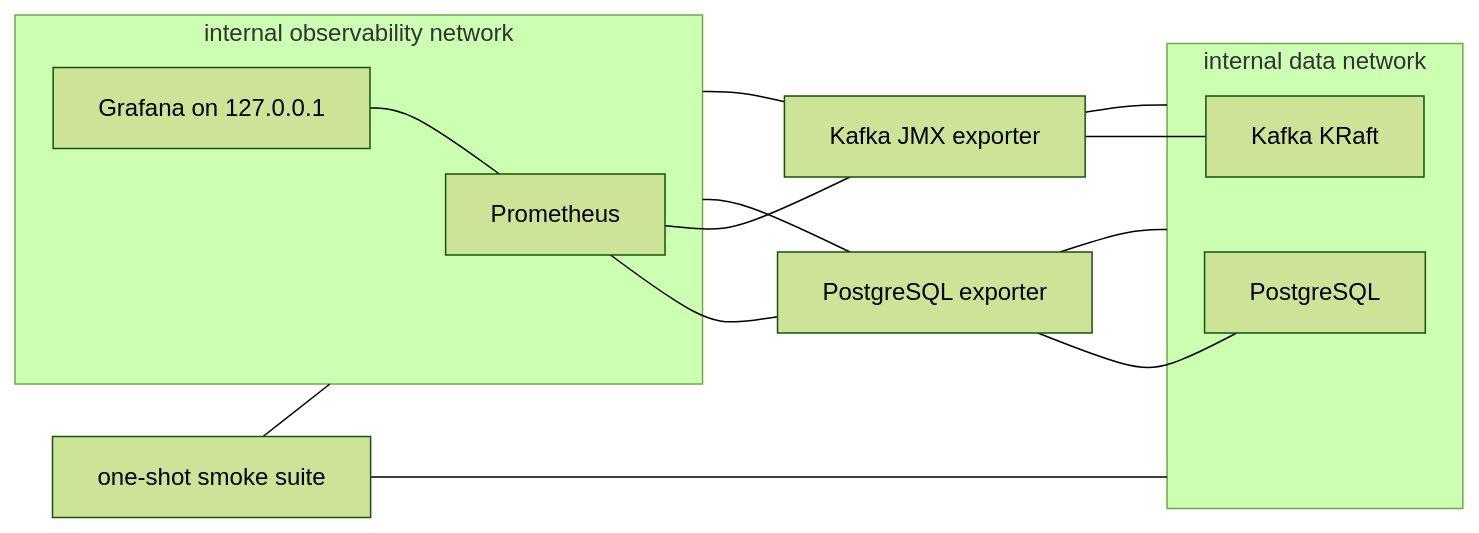
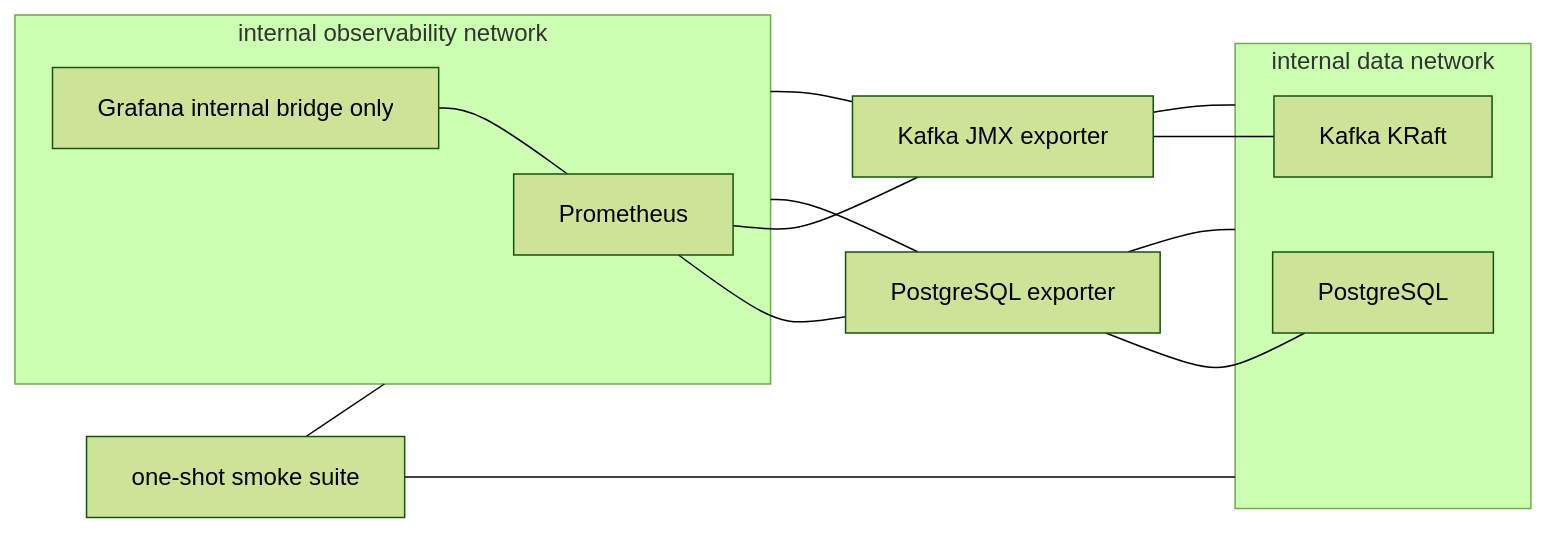
Before and after one commit to shuffahaqgzz/dcim-core-platform: the diagram in docs/plan/PHASE1-COMPACT-INFRASTRUCTURE-FOUNDATION.md, drawn with Mermaid (forest theme). The commit also changed other lines of this file and 2 other files, not shown here.

````diff
--- a/docs/plan/PHASE1-COMPACT-INFRASTRUCTURE-FOUNDATION.md
+++ b/docs/plan/PHASE1-COMPACT-INFRASTRUCTURE-FOUNDATION.md
@@ -69,24 +69,24 @@
 ```mermaid
 flowchart LR
   subgraph DB[internal data network]
     P[PostgreSQL]
     K[Kafka KRaft]
   end
 
   subgraph OB[internal observability network]
     PR[Prometheus]
-    G[Grafana on 127.0.0.1]
+    G[Grafana internal bridge only]
   end
 
   S[one-shot smoke suite] --- DB
   S --- OB
   PE[PostgreSQL exporter] --- DB
   PE --- OB
   KE[Kafka JMX exporter] --- DB
   KE --- OB
   PE --- P
   KE --- K
   PR --- PE
   PR --- KE
   G --- PR
 ```
````
